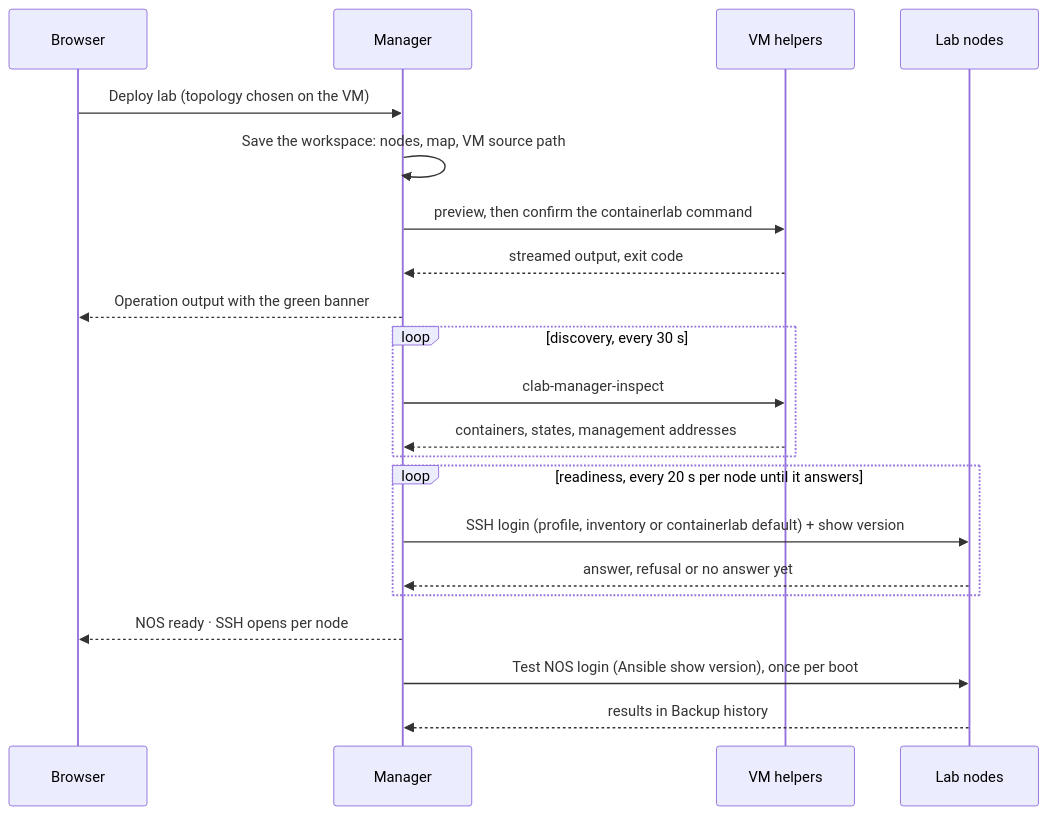
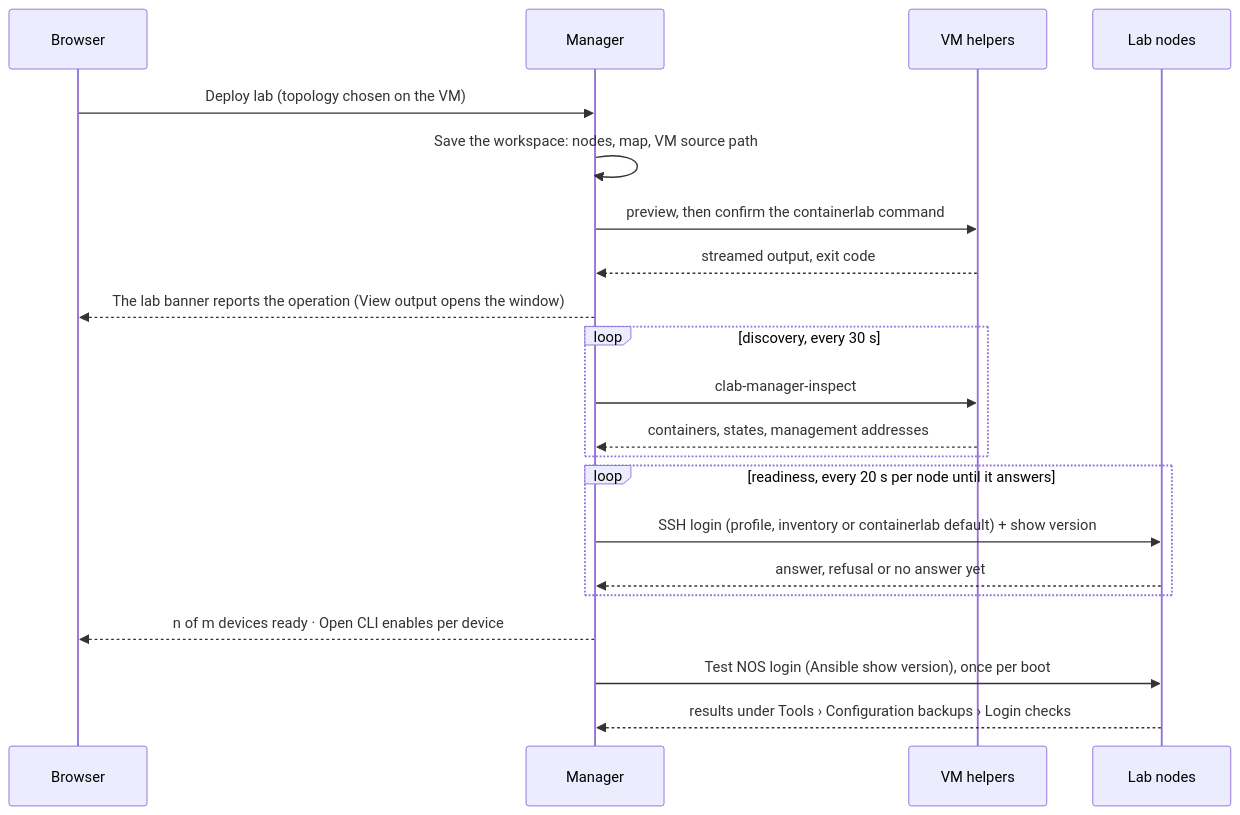
Before and after one commit to ArchRuger/CLAB-BACKUP-WORKER-v2: the third of 5 diagrams in docs/ARCHITECTURE.md, drawn with Mermaid. The commit also changed other lines of this file and 93 other files, not shown here.

````diff
--- a/docs/ARCHITECTURE.md
+++ b/docs/ARCHITECTURE.md
@@ -76,23 +76,23 @@
 ```mermaid
 sequenceDiagram
     participant U as Browser
     participant M as Manager
     participant H as VM helpers
     participant N as Lab nodes
     U->>M: Deploy lab (topology chosen on the VM)
     M->>M: Save the workspace: nodes, map, VM source path
     M->>H: preview, then confirm the containerlab command
     H-->>M: streamed output, exit code
-    M-->>U: Operation output with the green banner
+    M-->>U: The lab banner reports the operation (View output opens the window)
     loop discovery, every 30 s
         M->>H: clab-manager-inspect
         H-->>M: containers, states, management addresses
     end
     loop readiness, every 20 s per node until it answers
         M->>N: SSH login (profile, inventory or containerlab default) + show version
         N-->>M: answer, refusal or no answer yet
     end
-    M-->>U: NOS ready · SSH opens per node
+    M-->>U: n of m devices ready · Open CLI enables per device
     M->>N: Test NOS login (Ansible show version), once per boot
-    N-->>M: results in Backup history
+    N-->>M: results under Tools › Configuration backups › Login checks
 ```
````
